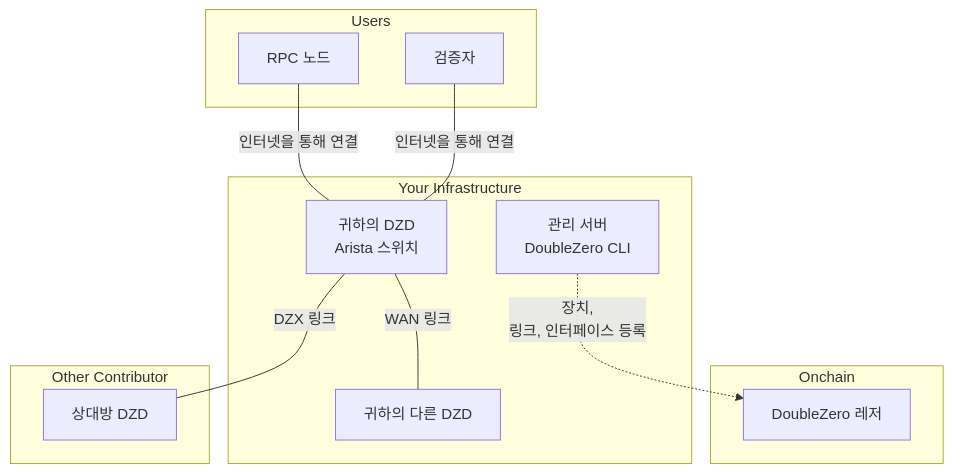
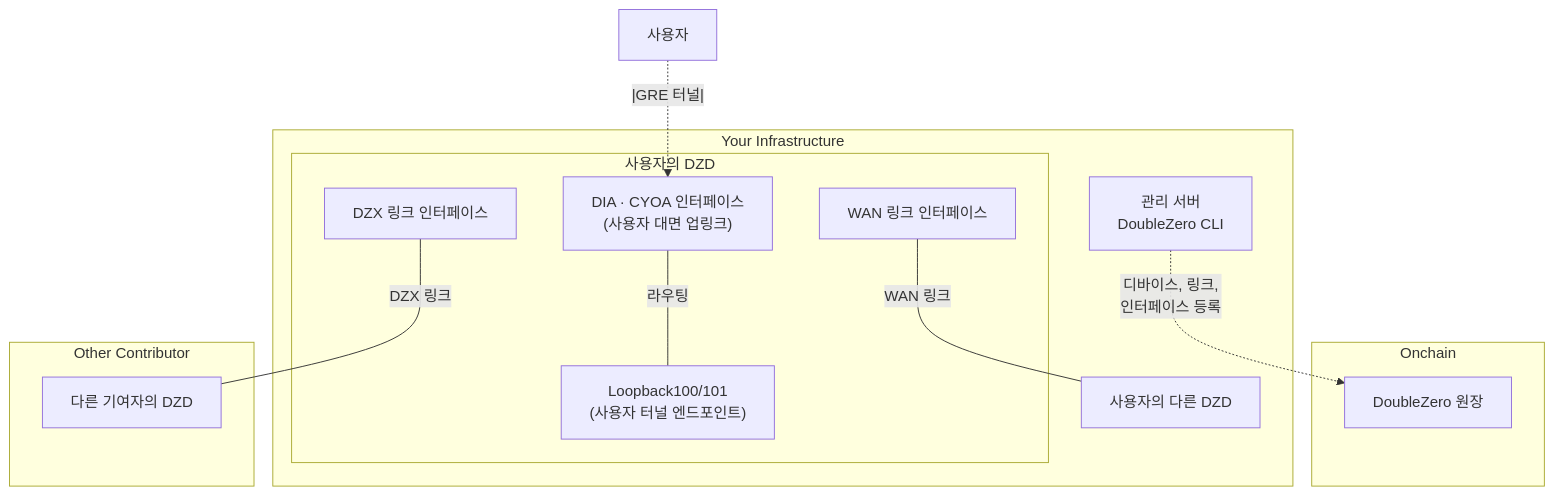
One commit to malbeclabs/docs changed the first of 13 diagrams in docs/contribute-provisioning.ko.md. Above: the diagram before and after it, drawn with Mermaid. The commit also changed other lines of this file and 160 other files, not shown here.

````diff
--- a/docs/contribute-provisioning.ko.md
+++ b/docs/contribute-provisioning.ko.md
@@ -13,26 +50,29 @@
 ```mermaid
 flowchart TB
     subgraph Onchain
-        SC[DoubleZero 레저]
+        SC[DoubleZero 원장]
     end
 
     subgraph Your Infrastructure
         MGMT[관리 서버<br/>DoubleZero CLI]
-        DZD[귀하의 DZD<br/>Arista 스위치]
-        DZD ---|WAN 링크| DZD2[귀하의 다른 DZD]
+        subgraph DZD[사용자의 DZD]
+            CYOA["DIA · CYOA 인터페이스<br/>(사용자 대면 업링크)"]
+            WAN_INTF["WAN 링크 인터페이스"]
+            DZX_INTF["DZX 링크 인터페이스"]
+            LO100["Loopback100/101<br/>(사용자 터널 엔드포인트)"]
+        end
+        DZD2[사용자의 다른 DZD]
     end
 
     subgraph Other Contributor
-        OtherDZD[상대방 DZD]
+        OtherDZD[다른 기여자의 DZD]
     end
 
-    subgraph Users
-        VAL[검증자]
-        RPC[RPC 노드]
-    end
+    USERS["사용자"]
 
-    MGMT -.->|장치,<br/>링크, 인터페이스 등록| SC
-    DZD ---|DZX 링크| OtherDZD
-    VAL ---|인터넷을 통해 연결| DZD
-    RPC ---|인터넷을 통해 연결| DZD
+    MGMT -.->|디바이스, 링크,<br/>인터페이스 등록| SC
+    WAN_INTF ---|WAN 링크| DZD2
+    DZX_INTF ---|DZX 링크| OtherDZD
+    USERS -.|GRE 터널|.-> CYOA
+    CYOA ---|라우팅| LO100
 ```
````
